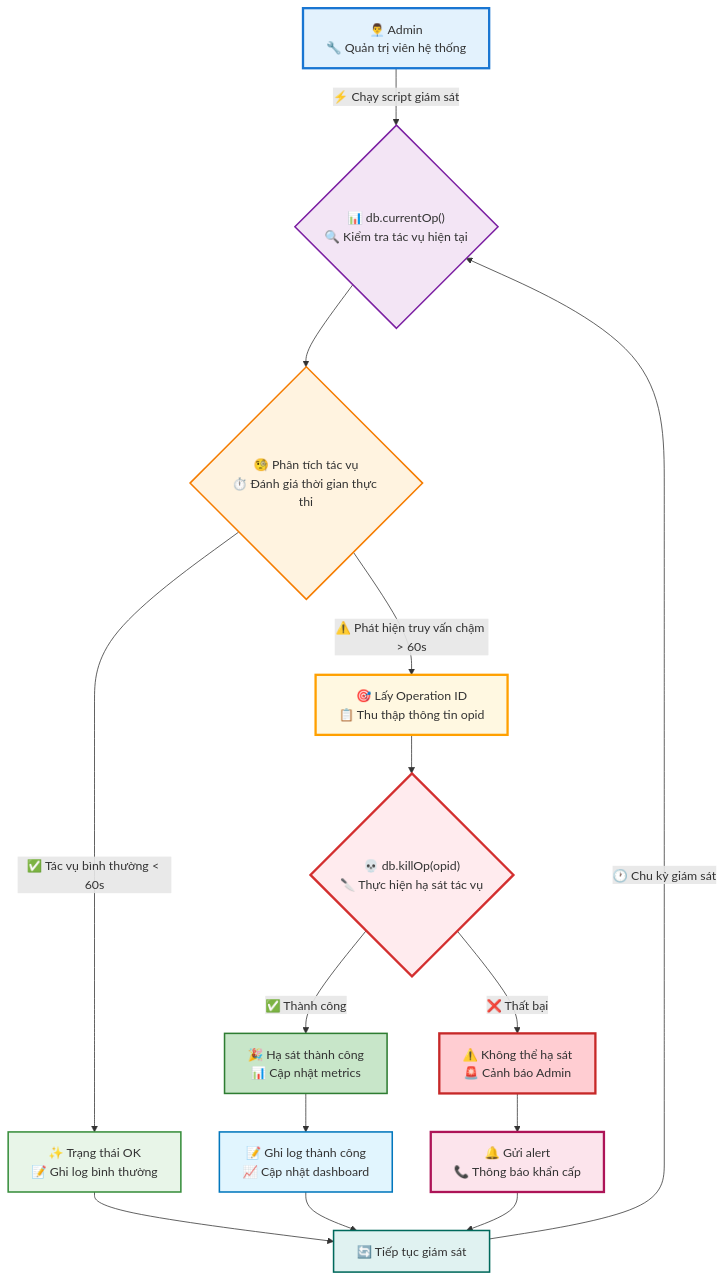
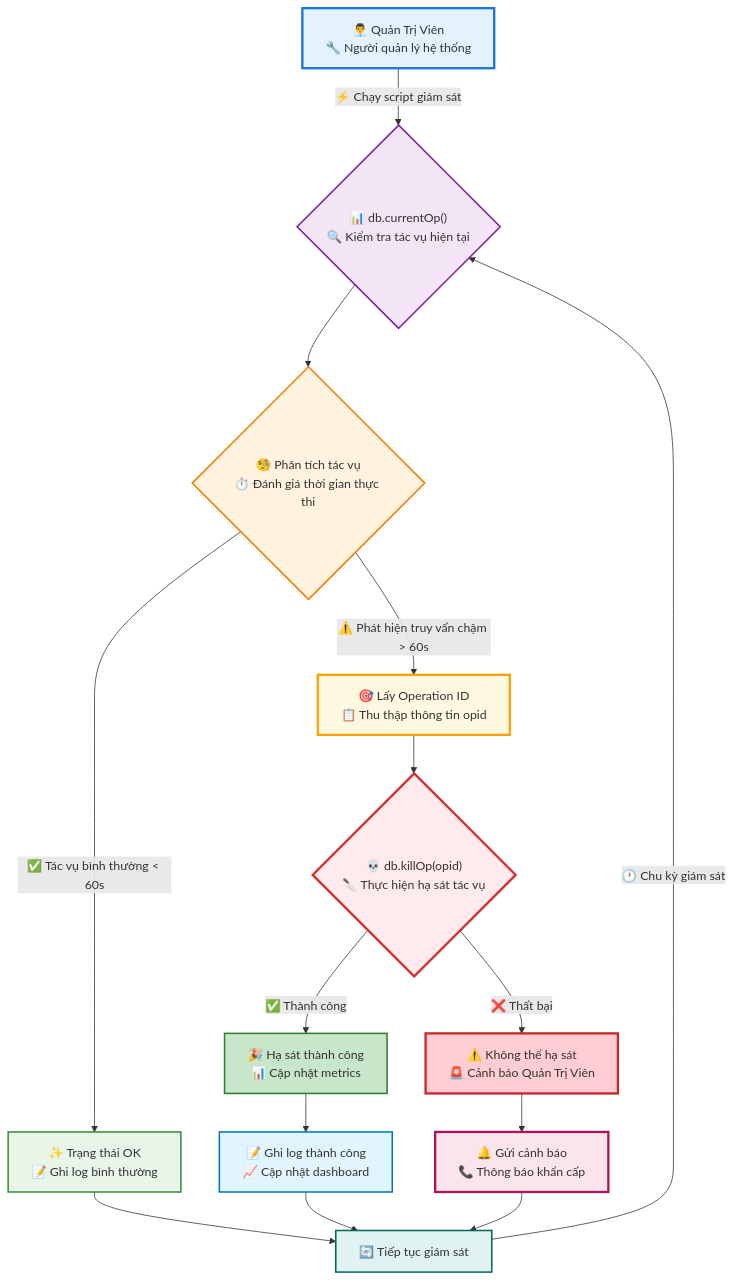
Diagram 47 of 56 in DB/Mongo-Sharding/mongo-sharding-practice.md (ngockhanhvd2812/DBA), drawn with Mermaid before and after one commit. The commit also changed other lines of this file, not shown here.

````diff
--- a/DB/Mongo-Sharding/mongo-sharding-practice.md
+++ b/DB/Mongo-Sharding/mongo-sharding-practice.md
@@ -2923,45 +3139,44 @@
 ```mermaid
 flowchart TD
-    A["👨‍💼 Admin<br/>🔧 Quản trị viên hệ thống"] -->|"⚡ Chạy script giám sát"| B{"📊 db.currentOp()<br/>🔍 Kiểm tra tác vụ hiện tại"}
+    A["👨‍💼 Quản Trị Viên<br/>🔧 Người quản lý hệ thống"] -->|"⚡ Chạy script giám sát"| B{"📊 db.currentOp()<br/>🔍 Kiểm tra tác vụ hiện tại"}
     
     B --> C{"🧐 Phân tích tác vụ<br/>⏱️ Đánh giá thời gian thực thi"}
     
     C -->|"✅ Tác vụ bình thường < 60s"| D["✨ Trạng thái OK<br/>📝 Ghi log bình thường"]
     
     C -->|"⚠️ Phát hiện truy vấn chậm > 60s"| E["🎯 Lấy Operation ID<br/>📋 Thu thập thông tin opid"]
     
     E --> F{"💀 db.killOp(opid)<br/>🔪 Thực hiện hạ sát tác vụ"}
     
     F -->|"✅ Thành công"| G["🎉 Hạ sát thành công<br/>📊 Cập nhật metrics"]
     
-    F -->|"❌ Thất bại"| H["⚠️ Không thể hạ sát<br/>🚨 Cảnh báo Admin"]
+    F -->|"❌ Thất bại"| H["⚠️ Không thể hạ sát<br/>🚨 Cảnh báo Quản Trị Viên"]
     
     G --> I["📝 Ghi log thành công<br/>📈 Cập nhật dashboard"]
-    H --> J["🔔 Gửi alert<br/>📞 Thông báo khẩn cấp"]
+    H --> J["🔔 Gửi cảnh báo<br/>📞 Thông báo khẩn cấp"]
     
     D --> K["🔄 Tiếp tục giám sát"]
     I --> K
     J --> K
     
     K -->|"🕐 Chu kỳ giám sát"| B
     
     %% Styling cho các nodes chính
     style A fill:#e3f2fd,stroke:#1976d2,stroke-width:3px
     style B fill:#f3e5f5,stroke:#7b1fa2,stroke-width:2px
     style C fill:#fff3e0,stroke:#f57c00,stroke-width:2px
     
     %% Styling cho kết quả bình thường
     style D fill:#e8f5e8,stroke:#388e3c,stroke-width:2px
     style K fill:#e0f2f1,stroke:#00695c,stroke-width:2px
     
     %% Styling cho trường hợp cảnh báo
     style E fill:#fff8e1,stroke:#ffa000,stroke-width:3px
     style F fill:#ffebee,stroke:#d32f2f,stroke-width:3px
     
     %% Styling cho kết quả
     style G fill:#c8e6c9,stroke:#2e7d32,stroke-width:2px
     style H fill:#ffcdd2,stroke:#c62828,stroke-width:3px
     style I fill:#e1f5fe,stroke:#0277bd,stroke-width:2px
     style J fill:#fce4ec,stroke:#ad1457,stroke-width:3px
-
 ```
````
